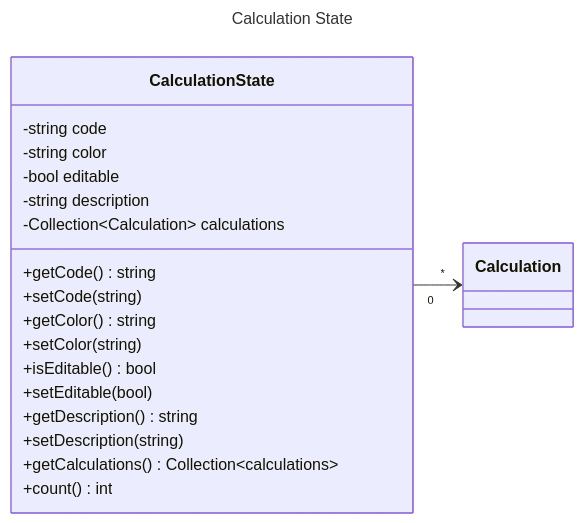
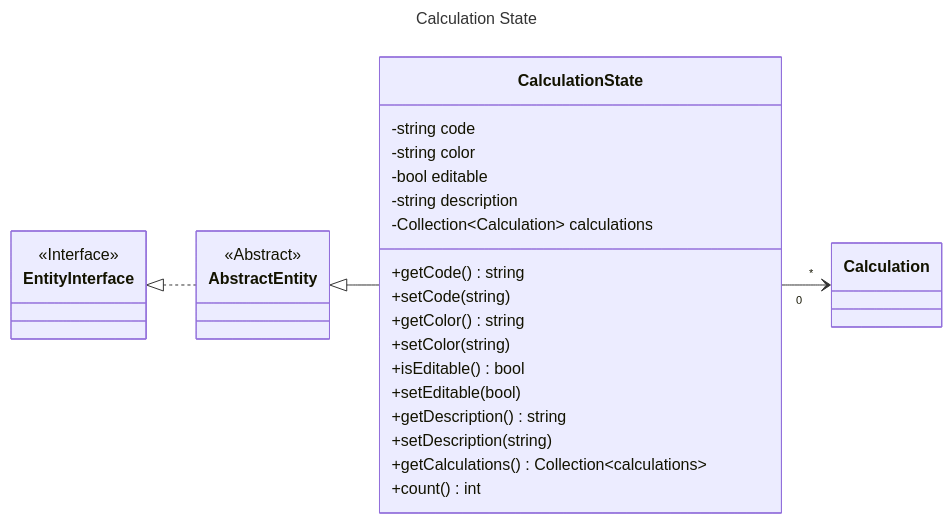
One commit to laurentmuller/calculation changed the diagram in resources/diagram/calculation_state.mmd. Above: the diagram before and after it, drawn with Mermaid. The commit also changed 19 other files, not shown here.

Commit message:
Updated CSS and JS diagram.

```diff
--- a/resources/diagram/calculation_state.mmd
+++ b/resources/diagram/calculation_state.mmd
@@ -1,31 +1,42 @@
 ---
 title: Calculation State
 ---
 
 classDiagram
     direction LR
 
     class CalculationState {
         -string code
         -string color
         -bool editable
         -string description
         -Collection~Calculation~ calculations
         +getCode() string
         +setCode(string)
         +getColor() string
         +setColor(string)
         +isEditable() bool
         +setEditable(bool)
         +getDescription() string
         +setDescription(string)
         +getCalculations() Collection~calculations~
         +count() int
     }
 
     class Calculation {
     }
 
+    class AbstractEntity {
+        <<Abstract>>
+    }
+    class EntityInterface {
+        <<Interface>>
+    }
+
+    EntityInterface <|.. AbstractEntity
+    AbstractEntity <|-- CalculationState
     CalculationState "0" --> "*" Calculation
 
+    click EntityInterface call nodeCallback()
+    click AbstractEntity call nodeCallback()
     click Calculation call nodeCallback()
```
